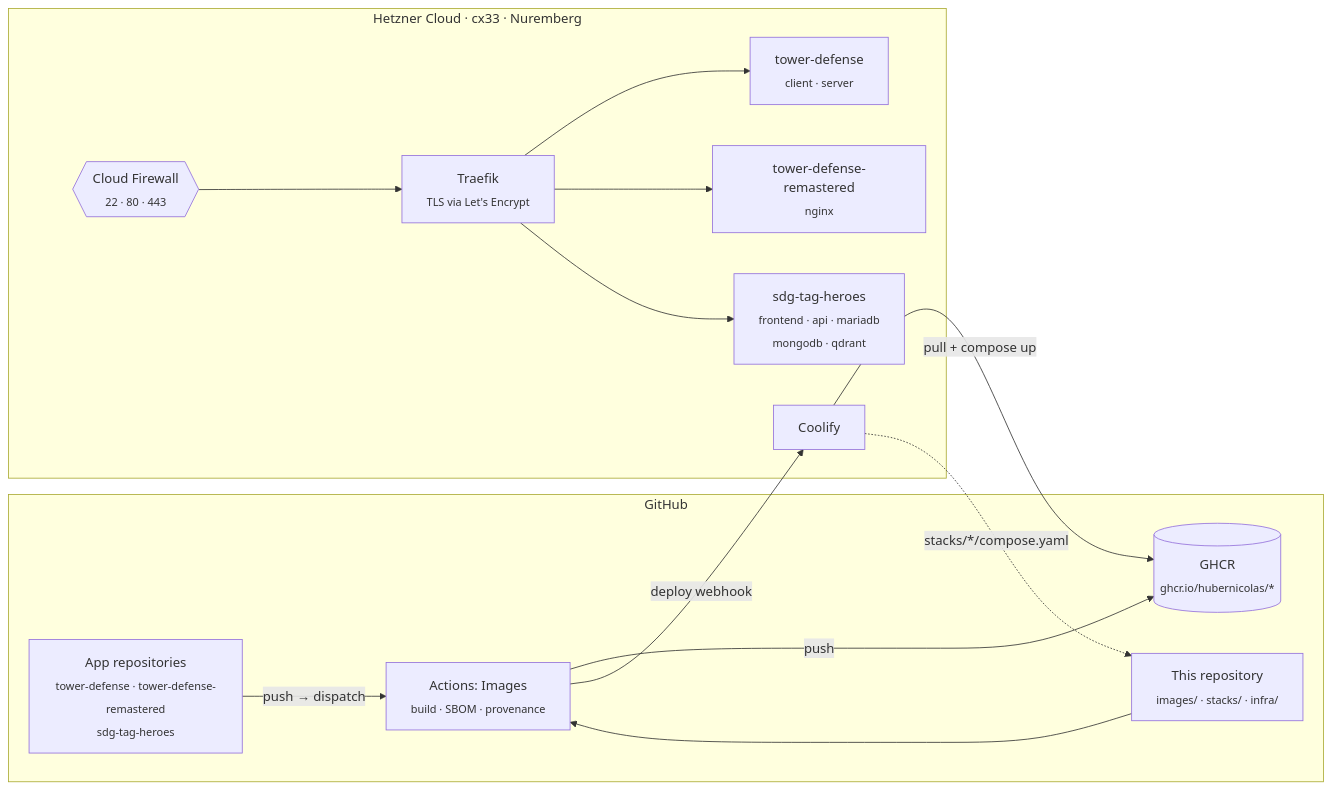
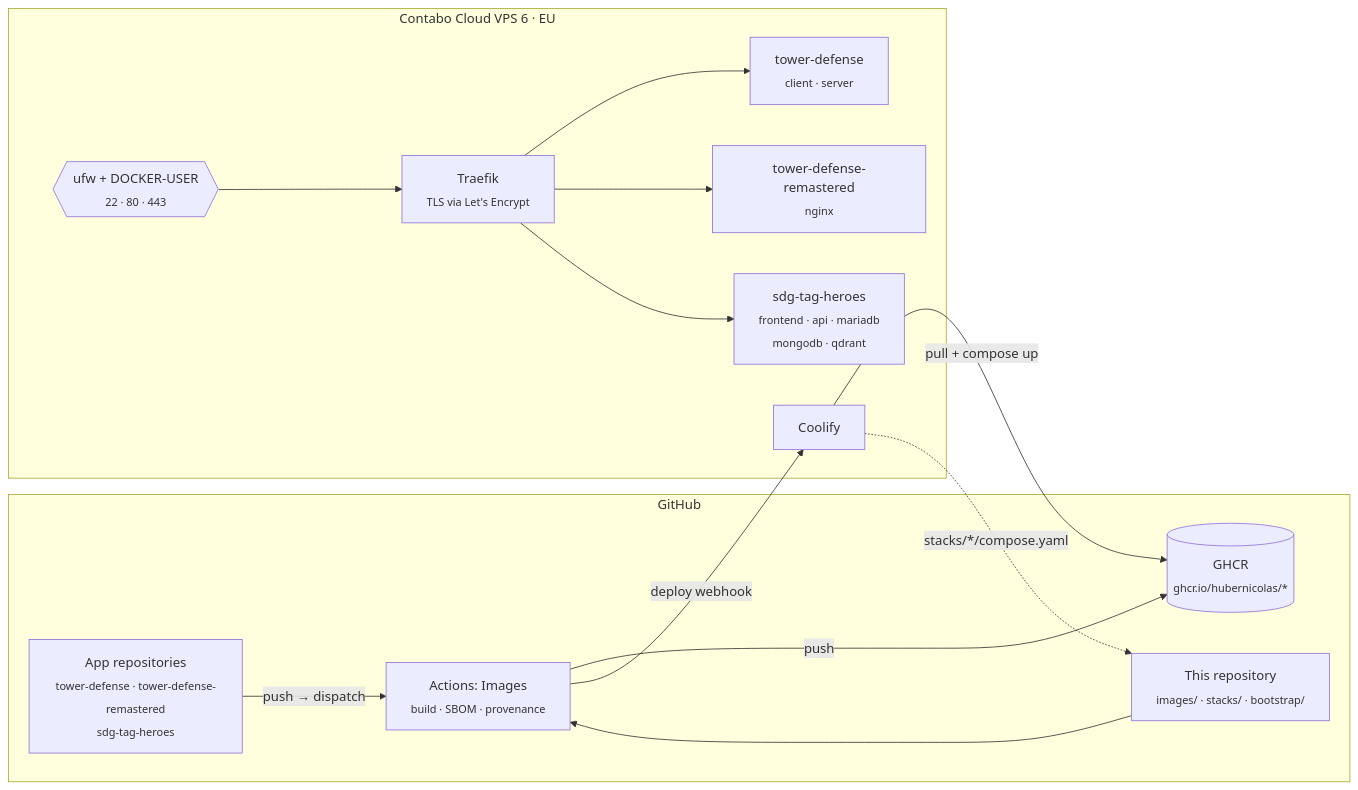
The diagram in README.md (HuberNicolas/infrastructure), drawn with Mermaid before and after one commit. The commit also changed other lines of this file and 12 other files, not shown here.

First line of the commit message:
Replace the Hetzner setup with a bootstrap script for Contabo

````diff
--- a/README.md
+++ b/README.md
@@ -26,26 +26,26 @@
 ```mermaid
 flowchart LR
     subgraph github[GitHub]
         src["App repositories<br/><sub>tower-defense · tower-defense-remastered<br/>sdg-tag-heroes</sub>"]
-        infra["This repository<br/><sub>images/ · stacks/ · infra/</sub>"]
+        infra["This repository<br/><sub>images/ · stacks/ · bootstrap/</sub>"]
         actions["Actions: Images<br/><sub>build · SBOM · provenance</sub>"]
         ghcr[("GHCR<br/><sub>ghcr.io/hubernicolas/*</sub>")]
     end
 
-    subgraph hetzner["Hetzner Cloud · cx33 · Nuremberg"]
-        fw{{"Cloud Firewall<br/><sub>22 · 80 · 443</sub>"}}
+    subgraph server["Contabo Cloud VPS 6 · EU"]
+        fw{{"ufw + DOCKER-USER<br/><sub>22 · 80 · 443</sub>"}}
         traefik["Traefik<br/><sub>TLS via Let's Encrypt</sub>"]
         coolify["Coolify"]
         td["tower-defense<br/><sub>client · server</sub>"]
         tdr["tower-defense-remastered<br/><sub>nginx</sub>"]
         sdg["sdg-tag-heroes<br/><sub>frontend · api · mariadb<br/>mongodb · qdrant</sub>"]
     end
 
     src -- "push → dispatch" --> actions
     infra --> actions
     actions -- push --> ghcr
     actions -- "deploy webhook" --> coolify
     coolify -- "pull + compose up" --> ghcr
     coolify -. "stacks/*/compose.yaml" .-> infra
     fw --> traefik --> td & tdr & sdg
 ```
````
